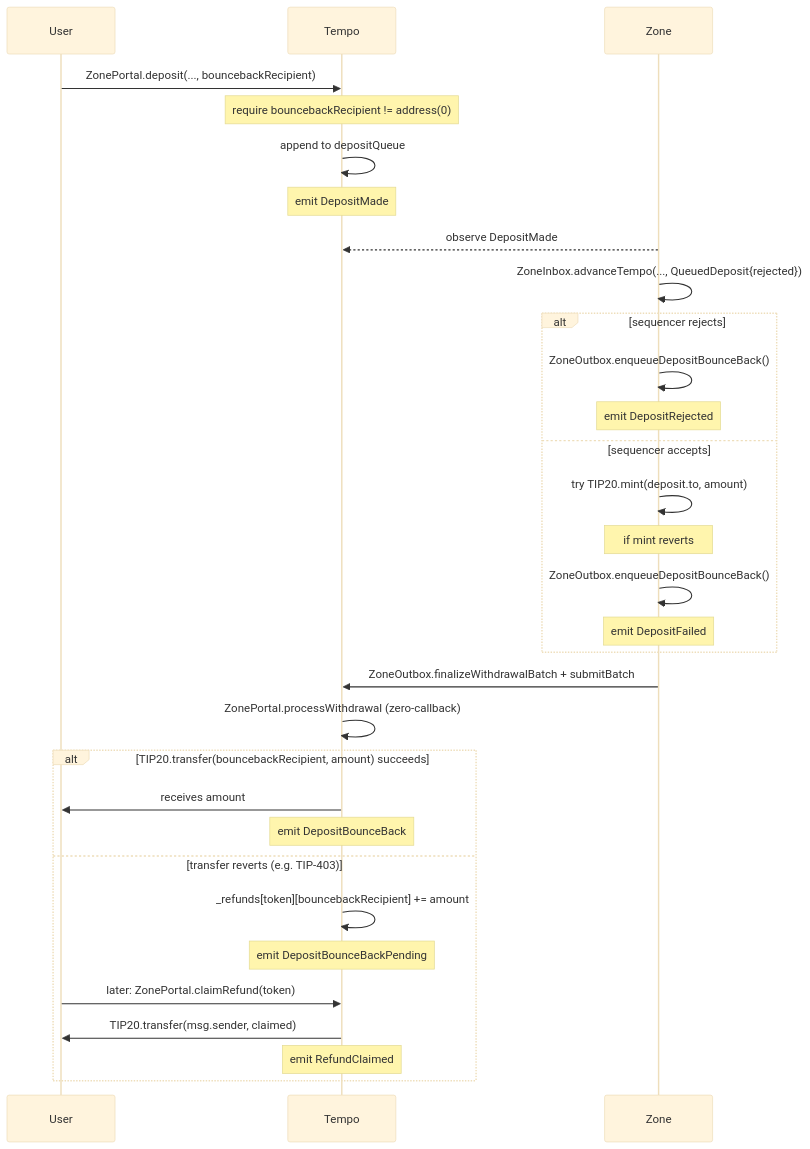
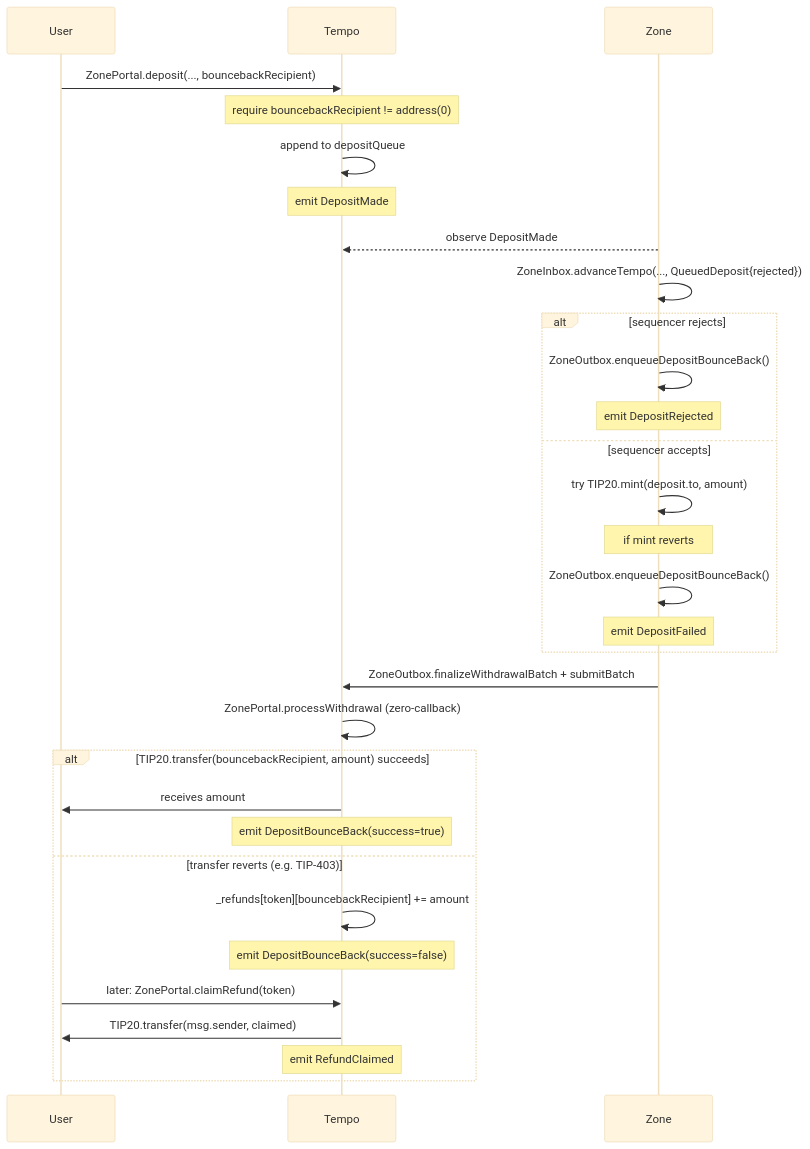
One commit to Dustin4444/zones changed the fourth of 6 diagrams in specs/spec.md. Above: the diagram before and after it, drawn with Mermaid (base theme). The commit also changed other lines of this file and 3 other files, not shown here.

````diff
--- a/specs/spec.md
+++ b/specs/spec.md
@@ -498,34 +497,34 @@
 ```mermaid
 sequenceDiagram
     participant U as User
     participant T as Tempo
     participant Z as Zone
 
     U->>T: ZonePortal.deposit(..., bouncebackRecipient)
     Note over T: require bouncebackRecipient != address(0)
     T->>T: append to depositQueue
     Note over T: emit DepositMade
     Z-->>T: observe DepositMade
     Z->>Z: ZoneInbox.advanceTempo(..., QueuedDeposit{rejected})
     alt sequencer rejects
         Z->>Z: ZoneOutbox.enqueueDepositBounceBack()
         Note over Z: emit DepositRejected
     else sequencer accepts
         Z->>Z: try TIP20.mint(deposit.to, amount)
         Note over Z: if mint reverts
         Z->>Z: ZoneOutbox.enqueueDepositBounceBack()
         Note over Z: emit DepositFailed
     end
     Z->>T: ZoneOutbox.finalizeWithdrawalBatch + submitBatch
     T->>T: ZonePortal.processWithdrawal (zero-callback)
     alt TIP20.transfer(bouncebackRecipient, amount) succeeds
         T->>U: receives amount
-        Note over T: emit DepositBounceBack
+        Note over T: emit DepositBounceBack(success=true)
     else transfer reverts (e.g. TIP-403)
         T->>T: _refunds[token][bouncebackRecipient] += amount
-        Note over T: emit DepositBounceBackPending
+        Note over T: emit DepositBounceBack(success=false)
         U->>T: later: ZonePortal.claimRefund(token)
         T->>U: TIP20.transfer(msg.sender, claimed)
         Note over T: emit RefundClaimed
     end
 ```
````
